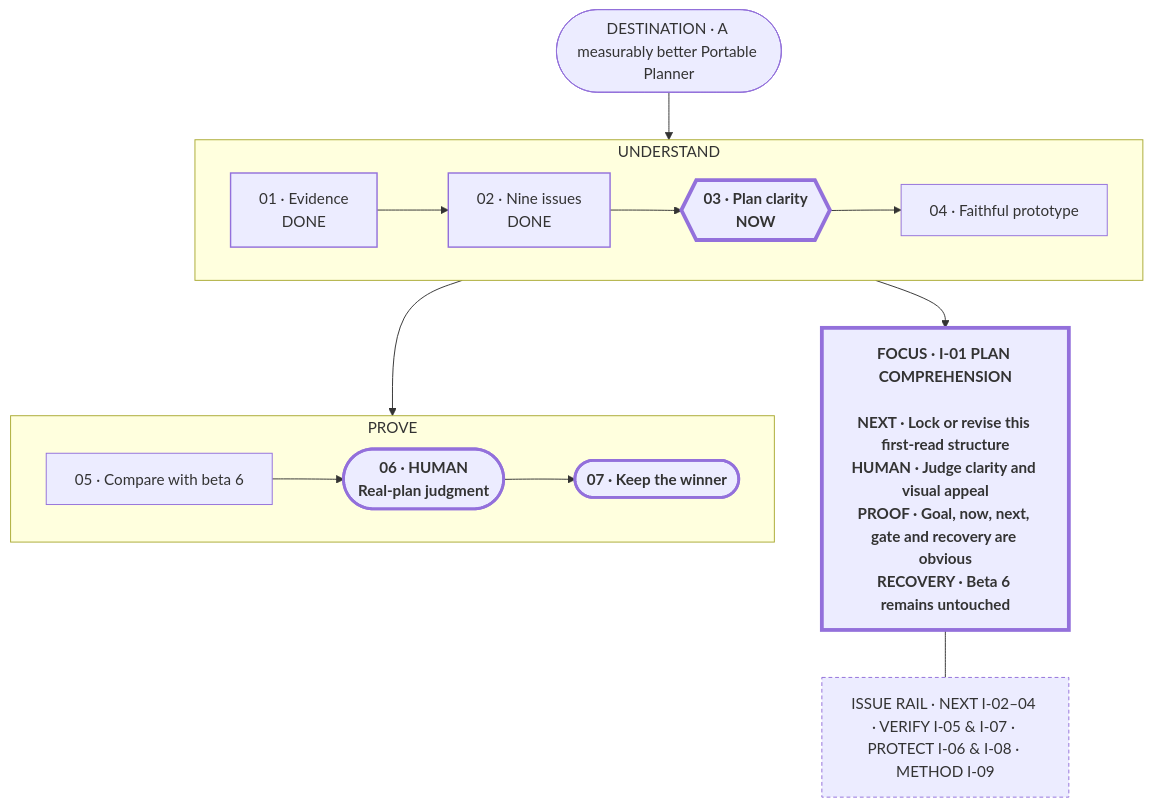
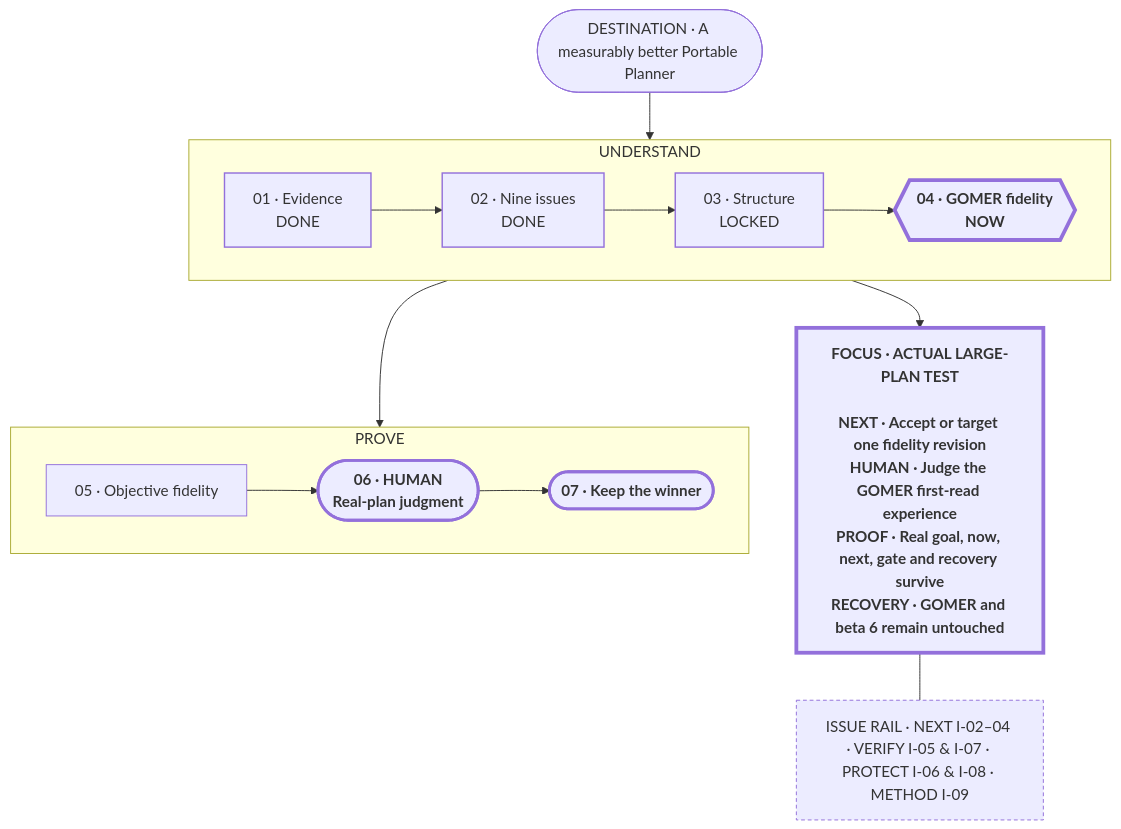
One commit to Pu11en/portable-planner changed the diagram in planning/PLAN-VIEW.md. Above: the diagram before and after it, drawn with Mermaid. The commit also changed other lines of this file and 5 other files, not shown here.

Commit message:
test locked plan view on real GOMER plan

````diff
--- a/planning/PLAN-VIEW.md
+++ b/planning/PLAN-VIEW.md
@@ -13,32 +13,32 @@
 ```mermaid
 flowchart TB
     G(["DESTINATION · A measurably better Portable Planner"])
 
     subgraph R1["UNDERSTAND"]
         direction LR
-        E["01 · Evidence<br/>DONE"] --> I["02 · Nine issues<br/>DONE"] --> C{{"03 · Plan clarity<br/>NOW"}} --> P["04 · Faithful prototype"]
+        E["01 · Evidence<br/>DONE"] --> I["02 · Nine issues<br/>DONE"] --> C["03 · Structure<br/>LOCKED"] --> P{{"04 · GOMER fidelity<br/>NOW"}}
     end
 
     subgraph R2["PROVE"]
         direction LR
-        B["05 · Compare with beta 6"] --> H(["06 · HUMAN<br/>Real-plan judgment"]) --> W(["07 · Keep the winner"])
+        B["05 · Objective fidelity"] --> H(["06 · HUMAN<br/>Real-plan judgment"]) --> W(["07 · Keep the winner"])
     end
 
-    L["FOCUS · I-01 PLAN COMPREHENSION<br/><br/>NEXT · Lock or revise this first-read structure<br/>HUMAN · Judge clarity and visual appeal<br/>PROOF · Goal, now, next, gate and recovery are obvious<br/>RECOVERY · Beta 6 remains untouched"]
+    L["FOCUS · ACTUAL LARGE-PLAN TEST<br/><br/>NEXT · Accept or target one fidelity revision<br/>HUMAN · Judge the GOMER first-read experience<br/>PROOF · Real goal, now, next, gate and recovery survive<br/>RECOVERY · GOMER and beta 6 remain untouched"]
 
     Q["ISSUE RAIL · NEXT I-02–04 · VERIFY I-05 & I-07 · PROTECT I-06 & I-08 · METHOD I-09"]
 
     G --> E
     C --> L
     P --> B
     L --- Q
 
     classDef done stroke-width:1.5px;
     classDef current stroke-width:4px,font-weight:700;
     classDef protected stroke-width:3px,font-weight:700;
     classDef quiet stroke-width:1px,stroke-dasharray:4 3;
-    class E,I done;
-    class C,L current;
+    class E,I,C done;
+    class P,L current;
     class H,W protected;
     class Q quiet;
 ```
````
